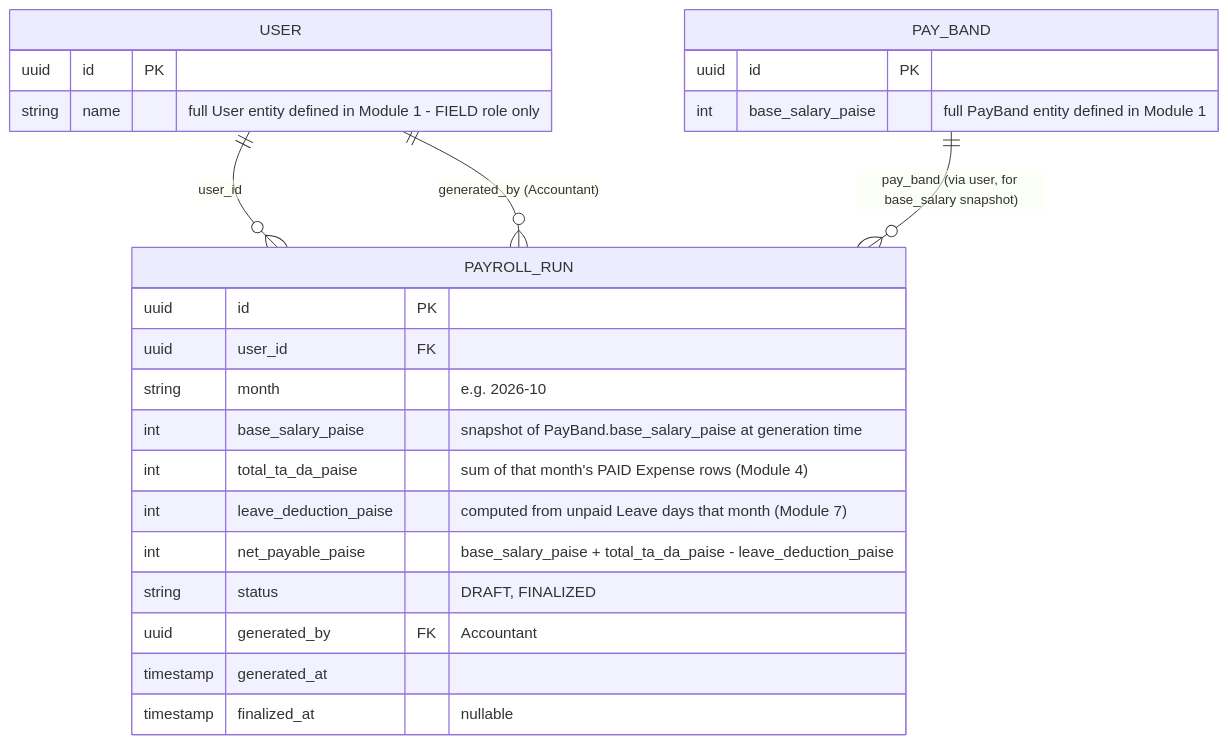
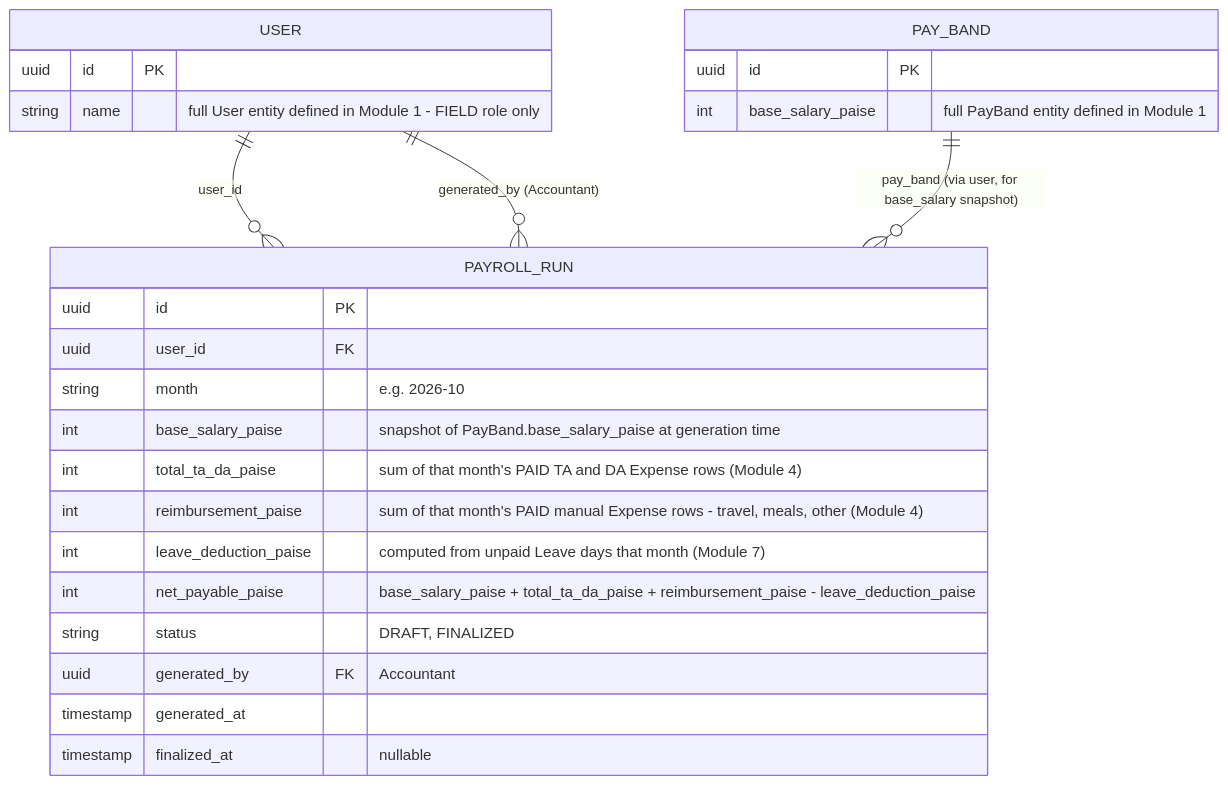
One commit to reboot-ai-private-limited/greynote changed the diagram in docs/erd/09-payroll.md. Above: the diagram before and after it, drawn with Mermaid. The commit also changed 32 other files, not shown here.

````diff
--- a/docs/erd/09-payroll.md
+++ b/docs/erd/09-payroll.md
@@ -7,29 +7,30 @@
 ```mermaid
 erDiagram
     USER {
         uuid id PK
         string name "full User entity defined in Module 1 - FIELD role only"
     }
     PAY_BAND {
         uuid id PK
         int base_salary_paise "full PayBand entity defined in Module 1"
     }
 
     PAYROLL_RUN {
         uuid id PK
         uuid user_id FK
         string month "e.g. 2026-10"
         int base_salary_paise "snapshot of PayBand.base_salary_paise at generation time"
-        int total_ta_da_paise "sum of that month's PAID Expense rows (Module 4)"
+        int total_ta_da_paise "sum of that month's PAID TA and DA Expense rows (Module 4)"
+        int reimbursement_paise "sum of that month's PAID manual Expense rows - travel, meals, other (Module 4)"
         int leave_deduction_paise "computed from unpaid Leave days that month (Module 7)"
-        int net_payable_paise "base_salary_paise + total_ta_da_paise - leave_deduction_paise"
+        int net_payable_paise "base_salary_paise + total_ta_da_paise + reimbursement_paise - leave_deduction_paise"
         string status "DRAFT, FINALIZED"
         uuid generated_by FK "Accountant"
         timestamp generated_at
         timestamp finalized_at "nullable"
     }
 
     USER ||--o{ PAYROLL_RUN : "user_id"
     PAY_BAND ||--o{ PAYROLL_RUN : "pay_band (via user, for base_salary snapshot)"
     USER ||--o{ PAYROLL_RUN : "generated_by (Accountant)"
 ```
````
